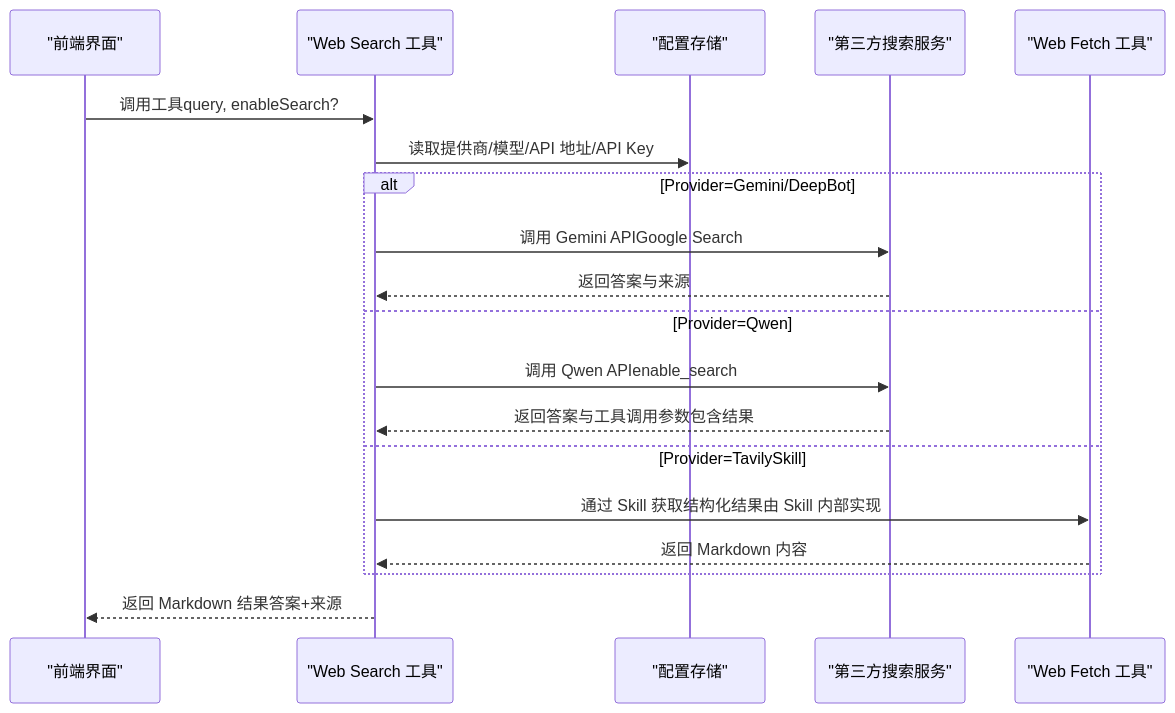
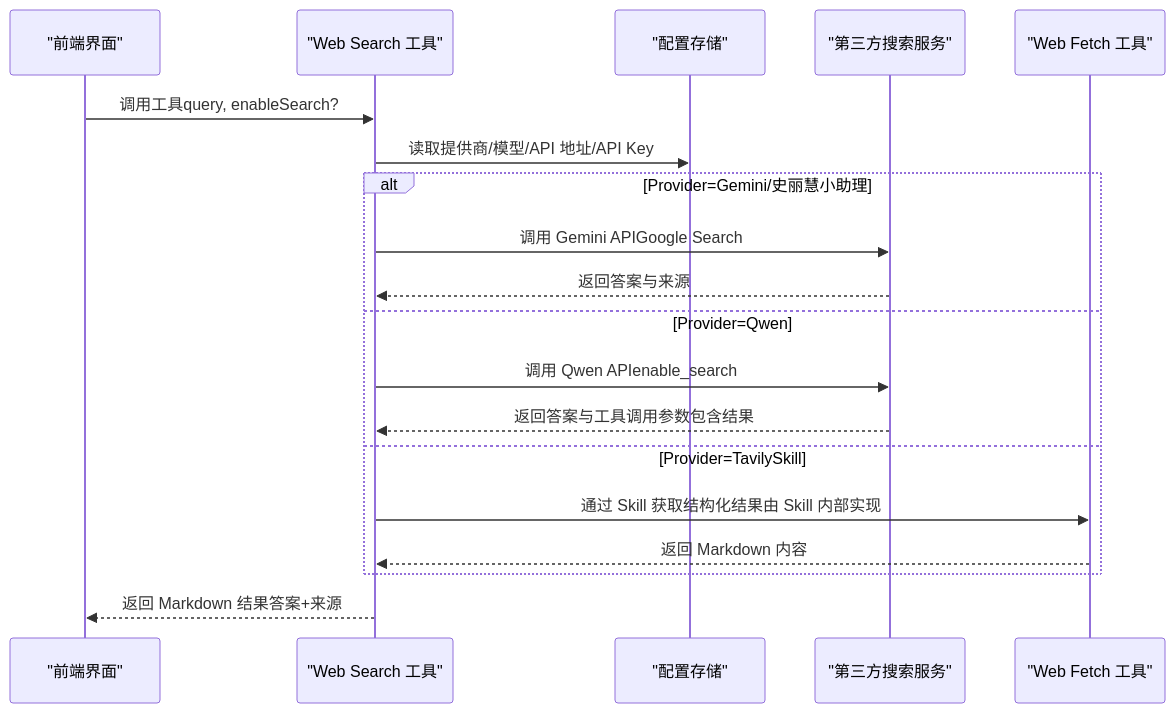
The second of 6 diagrams in .qoder/repowiki/zh/content/内置工具详解/Web 搜索工具.md (HEROhuqinchao/deepbot), drawn with Mermaid before and after one commit. The commit also changed other lines of this file and 250 other files, not shown here.

````diff
--- a/.qoder/repowiki/zh/content/内置工具详解/Web 搜索工具.md
+++ b/.qoder/repowiki/zh/content/内置工具详解/Web 搜索工具.md
@@ -122,21 +122,21 @@
 ```mermaid
 sequenceDiagram
 participant UI as "前端界面"
 participant WS as "Web Search 工具"
 participant CFG as "配置存储"
 participant API as "第三方搜索服务"
 participant WF as "Web Fetch 工具"
 UI->>WS : 调用工具query, enableSearch?
 WS->>CFG : 读取提供商/模型/API 地址/API Key
-alt Provider=Gemini/DeepBot
+alt Provider=Gemini/史丽慧小助理
 WS->>API : 调用 Gemini APIGoogle Search
 API-->>WS : 返回答案与来源
 else Provider=Qwen
 WS->>API : 调用 Qwen APIenable_search
 API-->>WS : 返回答案与工具调用参数包含结果
 else Provider=TavilySkill
 WS->>WF : 通过 Skill 获取结构化结果由 Skill 内部实现
 WF-->>WS : 返回 Markdown 内容
 end
 WS-->>UI : 返回 Markdown 结果答案+来源
 ```
````
